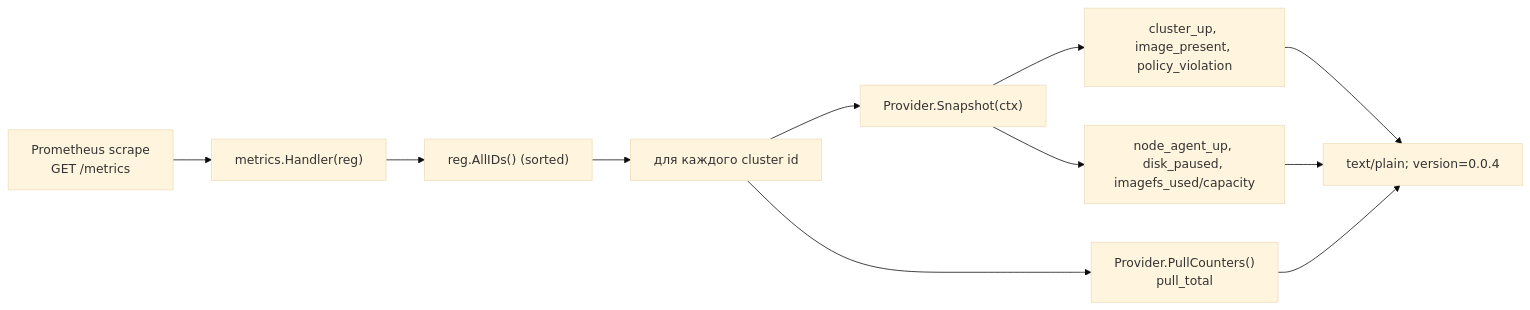
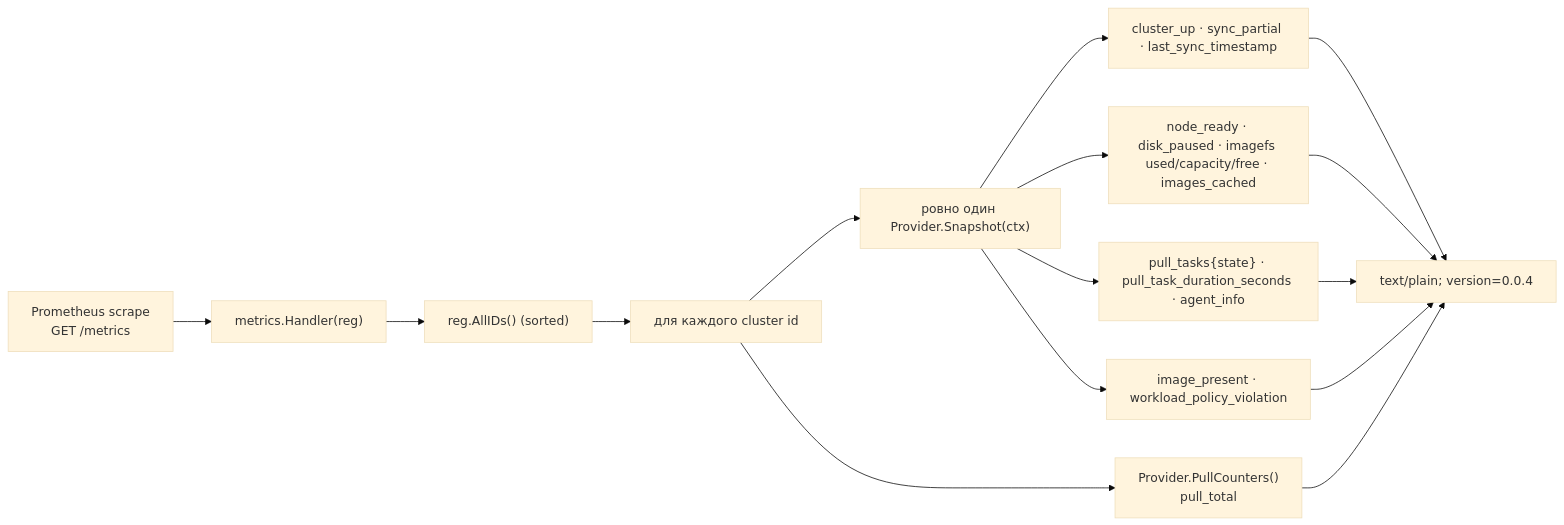
Before and after one commit to vasyakrg/image-prepuller: the tenth of 11 diagrams in docs/architecture.md, drawn with Mermaid (base theme). The commit also changed other lines of this file and 2 other files, not shown here.

First line of the commit message:
docs: Stage 2/3 integration - agent, K8sProvider, reconciler, metrics, UI

````diff
--- a/docs/architecture.md
+++ b/docs/architecture.md
@@ -408,13 +428,17 @@
 ```mermaid
 flowchart LR
     SCR["Prometheus scrape<br/>GET /metrics"] --> MH["metrics.Handler(reg)"]
     MH --> IDS["reg.AllIDs() (sorted)"]
     IDS --> LOOP["для каждого cluster id"]
-    LOOP --> SNAP["Provider.Snapshot(ctx)"]
-    SNAP --> CL["cluster_up, image_present, policy_violation"]
-    SNAP --> ND["node_agent_up, disk_paused, imagefs_used/capacity"]
+    LOOP --> SNAP["ровно один Provider.Snapshot(ctx)"]
+    SNAP --> CL["cluster_up · sync_partial · last_sync_timestamp"]
+    SNAP --> ND["node_ready · disk_paused · imagefs used/capacity/free · images_cached"]
+    SNAP --> TS["pull_tasks{state} · pull_task_duration_seconds · agent_info"]
+    SNAP --> IMG["image_present · workload_policy_violation"]
     LOOP --> CNT["Provider.PullCounters()<br/>pull_total"]
     CL --> OUT["text/plain; version=0.0.4"]
     ND --> OUT
+    TS --> OUT
+    IMG --> OUT
     CNT --> OUT
 ```
````
